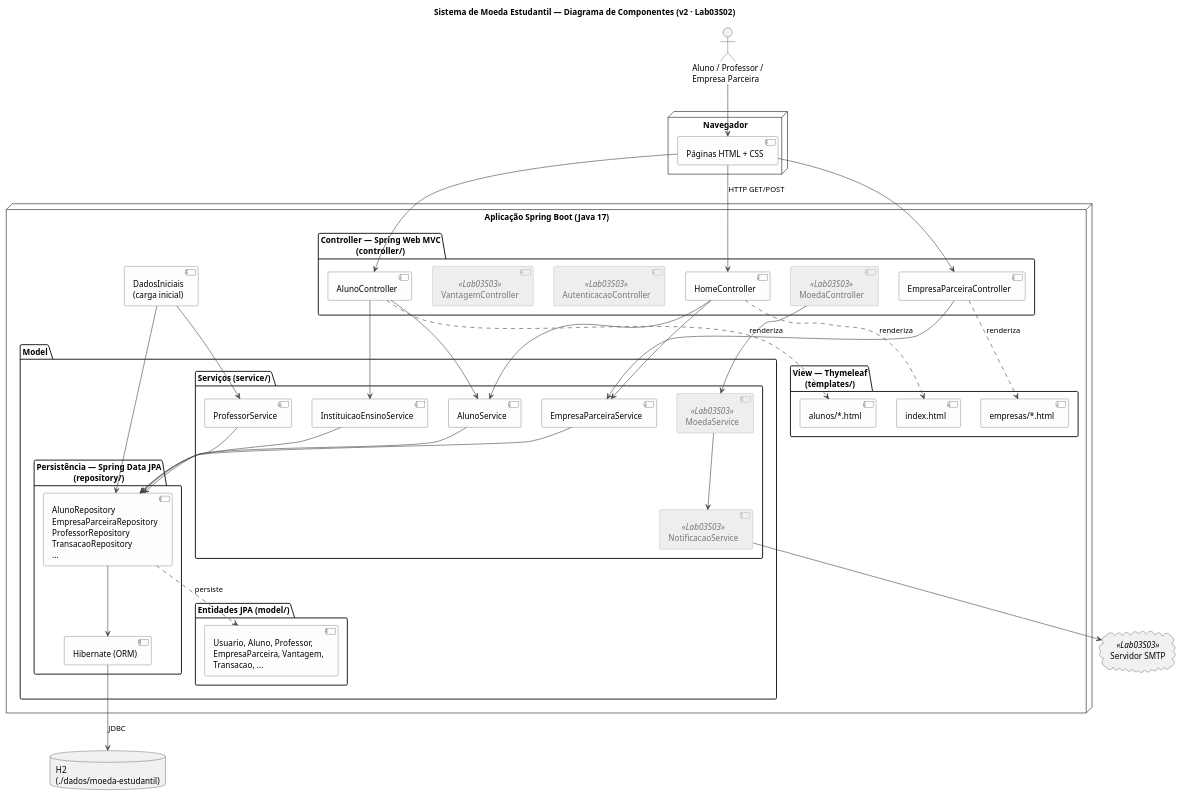
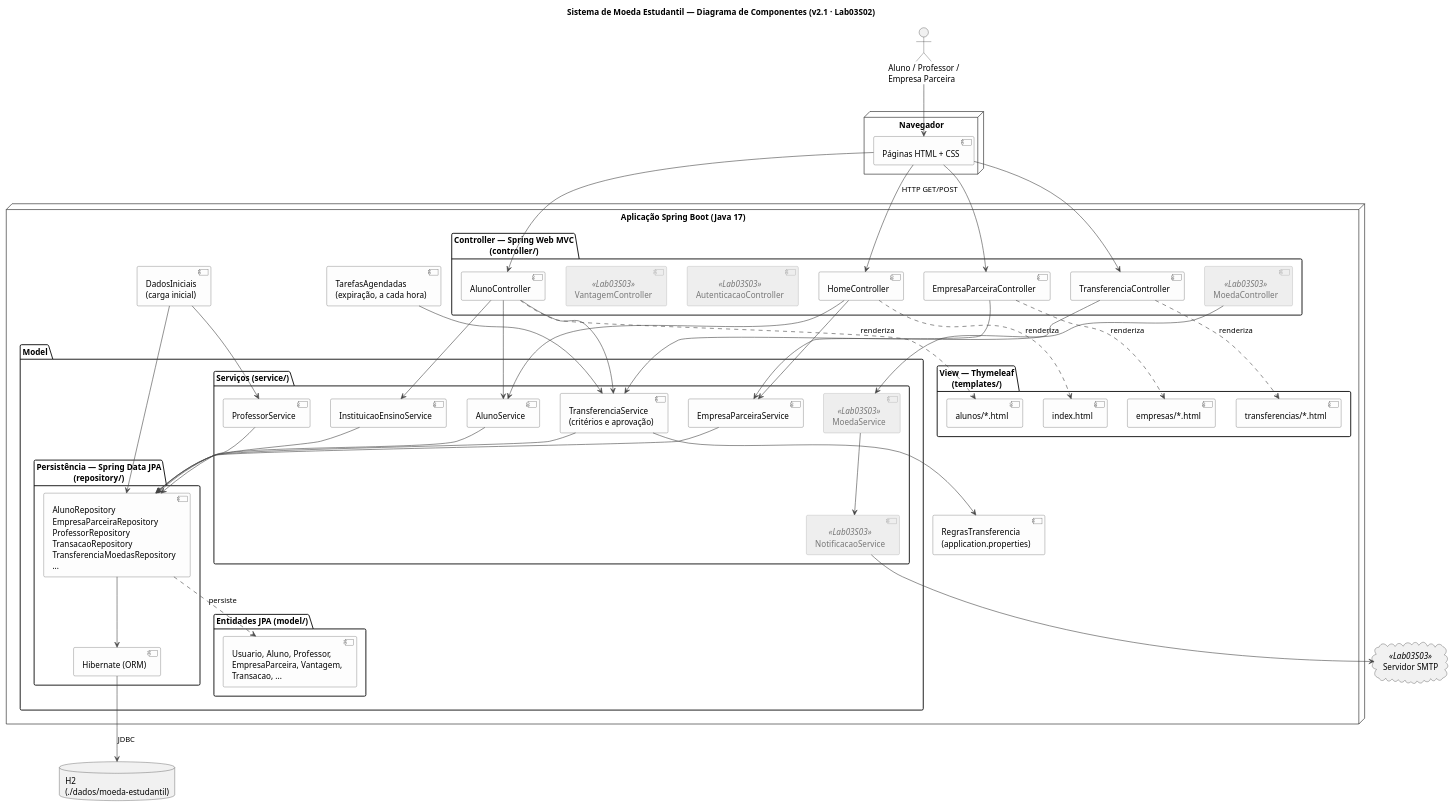
Before and after one commit to viniciusoramos/Sistema-de-Moeda-Estudantil: the diagram in docs/diagramas/diagrama-componentes.puml, drawn with PlantUML. The commit also changed 50 other files, not shown here.

First line of the commit message:
Novo requisito: transferência de moedas entre alunos com aprovação (v2.1)

```diff
--- a/docs/diagramas/diagrama-componentes.puml
+++ b/docs/diagramas/diagrama-componentes.puml
@@ -1,104 +1,120 @@
 @startuml diagrama-componentes
 ' =====================================================================
 ' Sistema de Moeda Estudantil - PUC Minas
 ' Diagrama de Componentes - v2 (Lab03S02)
 '
 ' Mudanças em relação à v1 (Lab03S01):
 '   - tecnologias definidas: Spring Boot (Web MVC), Thymeleaf, Spring Data JPA
 '     (Hibernate como ORM) e banco H2
 '   - a camada de persistência passa a ser composta por repositórios Spring Data
 '     (padrão Repository/DAO), um por agregado
 '   - componentes implementados nesta sprint destacados; os demais ficam
 '     para a Lab03S03
+'
+' v2.1 - novo requisito: TransferenciaController, TransferenciaService,
+'   TransferenciaMoedasRepository, RegrasTransferencia e TarefasAgendadas
 ' =====================================================================
 
-title Sistema de Moeda Estudantil — Diagrama de Componentes (v2 · Lab03S02)
+title Sistema de Moeda Estudantil — Diagrama de Componentes (v2.1 · Lab03S02)
 
 skinparam shadowing false
 skinparam componentStyle uml2
 skinparam component {
   BackgroundColor #FDFDFD
   BorderColor #444444
   ArrowColor #444444
   BackgroundColor<<Lab03S03>> #EEEEEE
   BorderColor<<Lab03S03>> #999999
   FontColor<<Lab03S03>> #777777
 }
 
 actor "Aluno / Professor /\nEmpresa Parceira" as Usuario
 
 node "Navegador" {
   [Páginas HTML + CSS] as HTML
 }
 
 node "Aplicação Spring Boot (Java 17)" {
 
   package "View — Thymeleaf\n(templates/)" {
     [alunos/*.html] as VAluno
     [empresas/*.html] as VEmpresa
     [index.html] as VIndex
+    [transferencias/*.html] as VTransf
   }
 
   package "Controller — Spring Web MVC\n(controller/)" {
     [HomeController] as CHome
     [AlunoController] as CAluno
     [EmpresaParceiraController] as CEmpresa
+    [TransferenciaController] as CTransf
     [AutenticacaoController] <<Lab03S03>> as CAuth
     [VantagemController] <<Lab03S03>> as CVant
     [MoedaController] <<Lab03S03>> as CMoeda
   }
 
   package "Model" {
     package "Serviços (service/)" {
       [AlunoService] as SAluno
       [EmpresaParceiraService] as SEmpresa
       [ProfessorService] as SProf
       [InstituicaoEnsinoService] as SInst
+      [TransferenciaService\n(critérios e aprovação)] as STransf
       [MoedaService] <<Lab03S03>> as SMoeda
       [NotificacaoService] <<Lab03S03>> as SNotif
     }
     package "Entidades JPA (model/)" {
       [Usuario, Aluno, Professor,\nEmpresaParceira, Vantagem,\nTransacao, ...] as Dominio
     }
     package "Persistência — Spring Data JPA\n(repository/)" {
-      [AlunoRepository\nEmpresaParceiraRepository\nProfessorRepository\nTransacaoRepository\n...] as Repos
+      [AlunoRepository\nEmpresaParceiraRepository\nProfessorRepository\nTransacaoRepository\nTransferenciaMoedasRepository\n...] as Repos
       [Hibernate (ORM)] as ORM
     }
   }
 
   [DadosIniciais\n(carga inicial)] as Carga
+  [TarefasAgendadas\n(expiração, a cada hora)] as Agenda
+  [RegrasTransferencia\n(application.properties)] as Regras
 }
 
 database "H2\n(./dados/moeda-estudantil)" as BD
 cloud "Servidor SMTP" <<Lab03S03>> as SMTP
 
 Usuario --> HTML
 HTML --> CHome : HTTP GET/POST
 HTML --> CAluno
 HTML --> CEmpresa
 
 CHome ..> VIndex : renderiza
 CAluno ..> VAluno : renderiza
 CEmpresa ..> VEmpresa : renderiza
 
 CHome --> SAluno
 CHome --> SEmpresa
 CAluno --> SAluno
 CAluno --> SInst
 CEmpresa --> SEmpresa
 CMoeda --> SMoeda
 SMoeda --> SNotif
 SNotif --> SMTP
 
 SAluno --> Repos
 SEmpresa --> Repos
 SProf --> Repos
 SInst --> Repos
 Carga --> Repos
 Carga --> SProf
 
+HTML --> CTransf
+CTransf ..> VTransf : renderiza
+CTransf --> STransf
+CAluno --> STransf
+STransf --> Repos
+STransf --> Regras
+Agenda --> STransf
+
 Repos ..> Dominio : persiste
 Repos --> ORM
 ORM --> BD : JDBC
 
 @enduml
```
